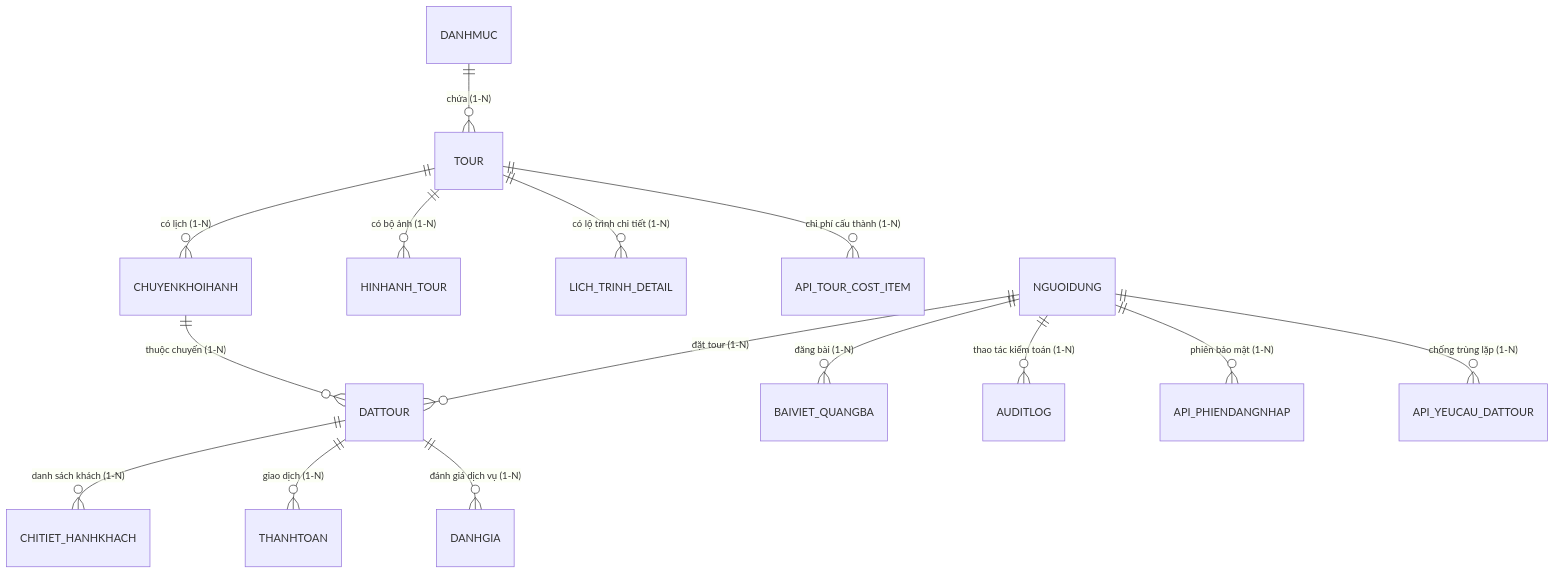
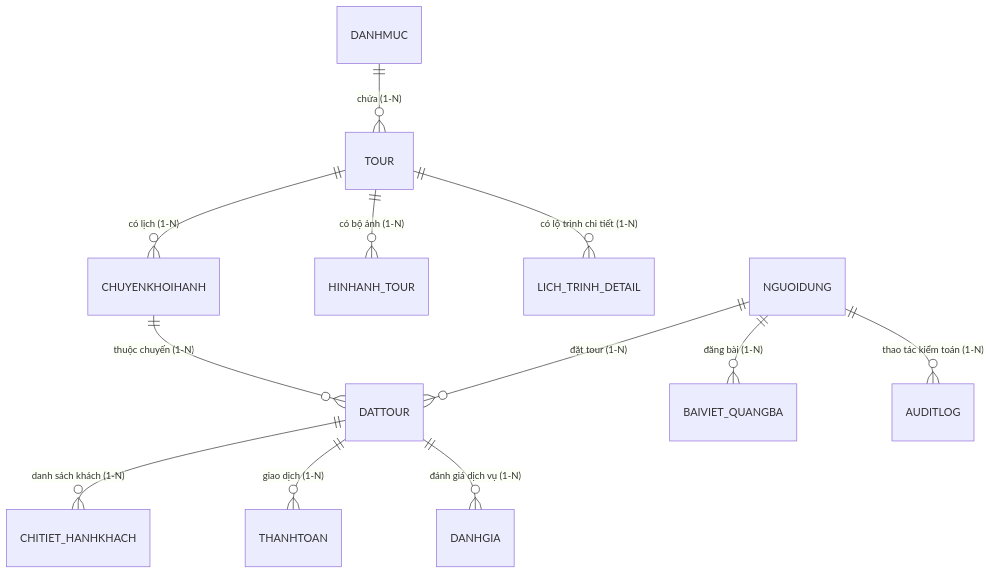
Before and after one commit to Tham2007/Quang_ba_va_dat_tour_du_lich: the diagram in DATABASE_SCHEMA.md, drawn with Mermaid. The commit also changed other lines of this file and 1 other file, not shown here.

Commit message:
fix(database): xoa bo 3 bang API_*, tich hop du lieu vao 12 bang goc va cap nhat DATABASE_SCHEMA.md

````diff
--- a/DATABASE_SCHEMA.md
+++ b/DATABASE_SCHEMA.md
@@ -22,17 +22,14 @@
 ```mermaid
 erDiagram
     DANHMUC ||--o{ TOUR : "chứa (1-N)"
     TOUR ||--o{ CHUYENKHOIHANH : "có lịch (1-N)"
     TOUR ||--o{ HINHANH_TOUR : "có bộ ảnh (1-N)"
     TOUR ||--o{ LICH_TRINH_DETAIL : "có lộ trình chi tiết (1-N)"
-    TOUR ||--o{ API_TOUR_COST_ITEM : "chi phí cấu thành (1-N)"
     NGUOIDUNG ||--o{ DATTOUR : "đặt tour (1-N)"
     CHUYENKHOIHANH ||--o{ DATTOUR : "thuộc chuyến (1-N)"
     DATTOUR ||--o{ CHITIET_HANHKHACH : "danh sách khách (1-N)"
     DATTOUR ||--o{ THANHTOAN : "giao dịch (1-N)"
     DATTOUR ||--o{ DANHGIA : "đánh giá dịch vụ (1-N)"
     NGUOIDUNG ||--o{ BAIVIET_QUANGBA : "đăng bài (1-N)"
     NGUOIDUNG ||--o{ AUDITLOG : "thao tác kiểm toán (1-N)"
-    NGUOIDUNG ||--o{ API_PHIENDANGNHAP : "phiên bảo mật (1-N)"
-    NGUOIDUNG ||--o{ API_YEUCAU_DATTOUR : "chống trùng lặp (1-N)"
 ```
````
